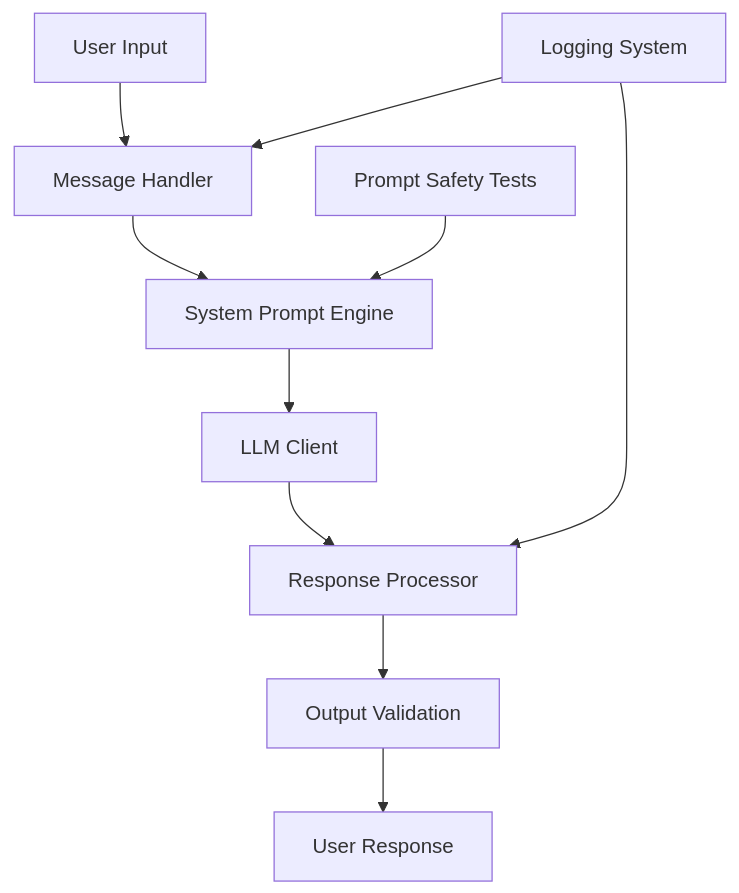
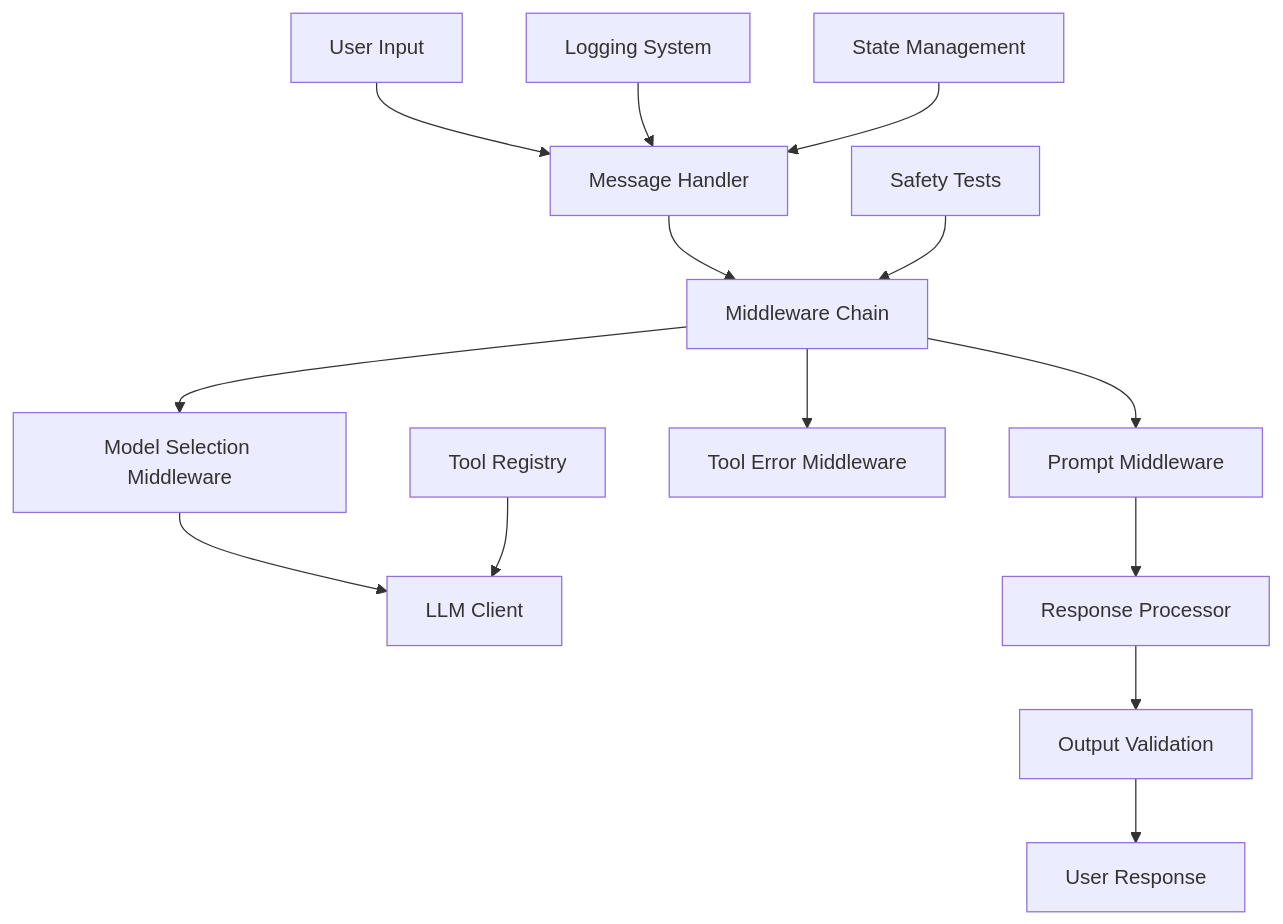
The diagram in plans/sprint1-prototype-plan.md (Ericfeng84/new_emplyee_agent), drawn with Mermaid before and after one commit. The commit also changed other lines of this file and 26 other files, not shown here.

````diff
--- a/plans/sprint1-prototype-plan.md
+++ b/plans/sprint1-prototype-plan.md
@@ -17,13 +17,17 @@
 ```mermaid
 graph TD
     A[User Input] --> B[Message Handler]
-    B --> C[System Prompt Engine]
-    C --> D[LLM Client]
-    D --> E[Response Processor]
-    E --> F[Output Validation]
-    F --> G[User Response]
+    B --> C[Middleware Chain]
+    C --> D[Model Selection Middleware]
+    C --> E[Prompt Middleware]
+    C --> F[Tool Error Middleware]
+    D --> G[LLM Client]
+    E --> H[Response Processor]
+    H --> I[Output Validation]
+    I --> J[User Response]
     
-    H[Prompt Safety Tests] --> C
-    I[Logging System] --> B
-    I --> E
+    K[Safety Tests] --> C
+    L[Logging System] --> B
+    M[Tool Registry] --> G
+    N[State Management] --> B
 ```
````
